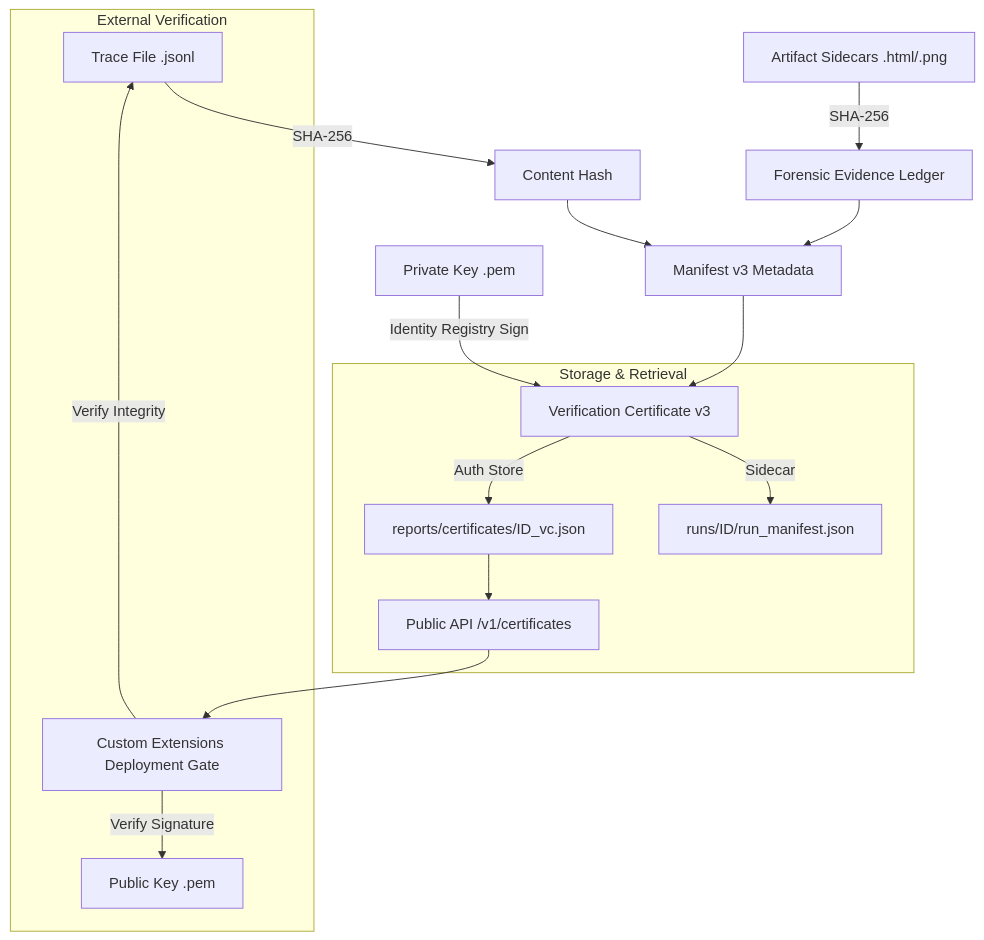
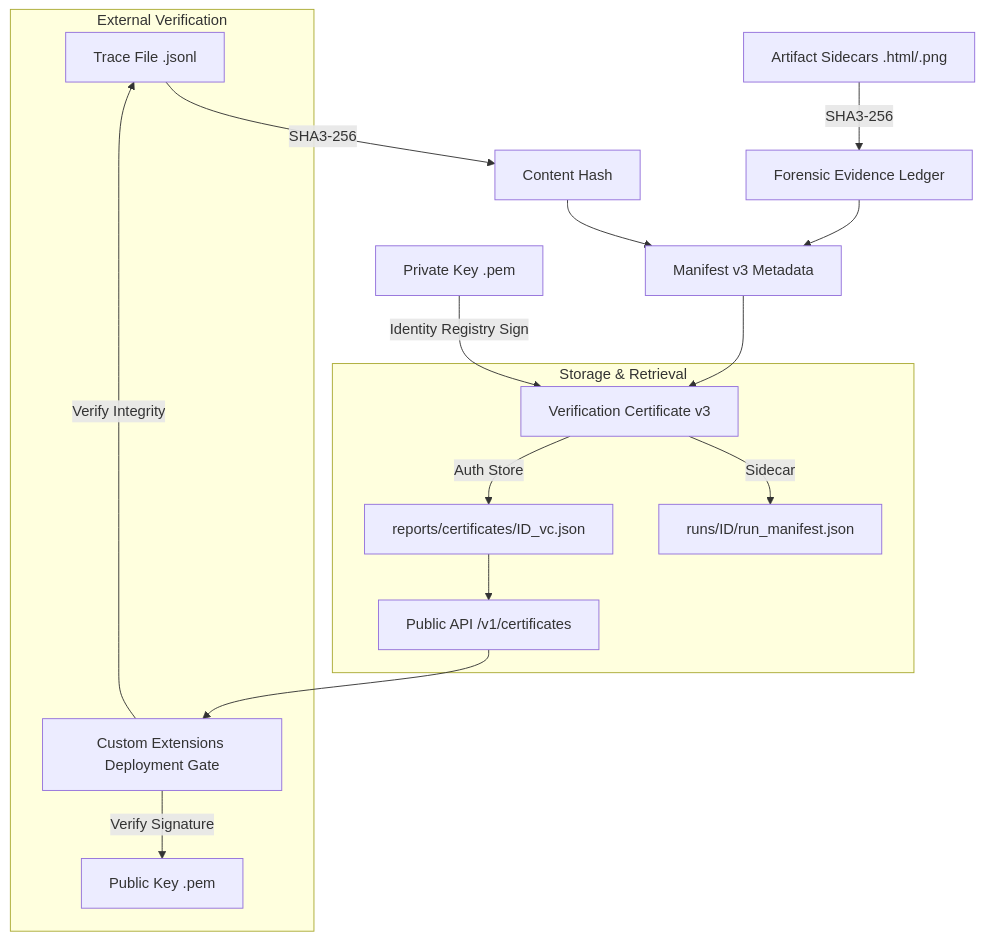
One commit to najeed/ai-agent-eval-harness changed the diagram in docs-old/spec/trust_protocol_spec_v1.md. Above: the diagram before and after it, drawn with Mermaid. The commit also changed other lines of this file and 40 other files, not shown here.

````diff
--- a/docs-old/spec/trust_protocol_spec_v1.md
+++ b/docs-old/spec/trust_protocol_spec_v1.md
@@ -4,21 +4,21 @@
 ```mermaid
 graph TD
-    A[Trace File .jsonl] -->|SHA-256| B[Content Hash]
+    A[Trace File .jsonl] -->|SHA3-256| B[Content Hash]
     B --> C[Manifest v3 Metadata]
-    S[Artifact Sidecars .html/.png] -->|SHA-256| L[Forensic Evidence Ledger]
+    S[Artifact Sidecars .html/.png] -->|SHA3-256| L[Forensic Evidence Ledger]
     L --> C
     D[Private Key .pem] -->|Identity Registry Sign| E[Verification Certificate v3]
     C --> E
     
     subgraph "Storage & Retrieval"
         E -->|Sidecar| F[runs/ID/run_manifest.json]
         E -->|Auth Store| G[reports/certificates/ID_vc.json]
         G --> H[Public API /v1/certificates]
     end
     
     subgraph "External Verification"
         H --> I[Custom Extensions Deployment Gate]
         I -->|Verify Signature| J[Public Key .pem]
         I -->|Verify Integrity| A
     end
 ```
````
